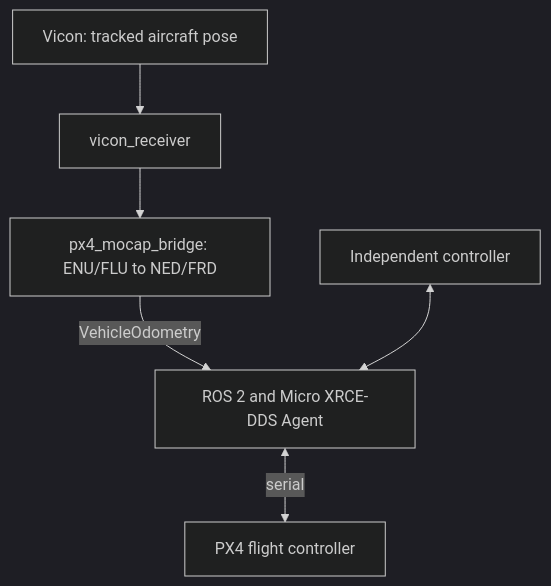
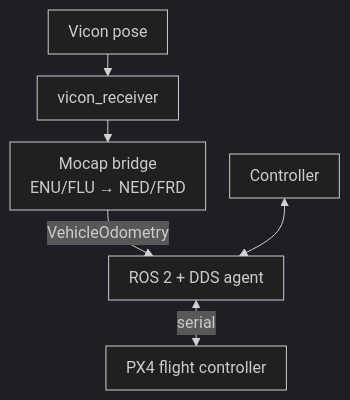
Before and after one commit to ANCL/px4-dev-toolkit: the diagram in docs/environments/hardware.md, drawn with Mermaid (dark theme). The commit also changed other lines of this file and 41 other files, not shown here.

Commit message:
docs: refine typography, diagrams, and editorial presentation

````diff
--- a/docs/environments/hardware.md
+++ b/docs/environments/hardware.md
@@ -13,8 +13,17 @@
 ```mermaid
+---
+config:
+  flowchart:
+    useMaxWidth: false
+    wrappingWidth: 180
+    padding: 10
+    rankSpacing: 22
+    nodeSpacing: 24
+---
 flowchart TB
-    V[Vicon: tracked aircraft pose] --> VR[vicon_receiver]
-    VR --> B[px4_mocap_bridge: ENU/FLU to NED/FRD]
-    B -->|VehicleOdometry| X[ROS 2 and Micro XRCE-DDS Agent]
-    X <-->|serial| P[PX4 flight controller]
-    C[Independent controller] <--> X
+    V["Vicon pose"] --> VR["vicon_receiver"]
+    VR --> B["Mocap bridge<br/>ENU/FLU → NED/FRD"]
+    B -->|VehicleOdometry| X["ROS 2 + DDS agent"]
+    X <-->|serial| P["PX4 flight controller"]
+    C["Controller"] <--> X
 ```
````
